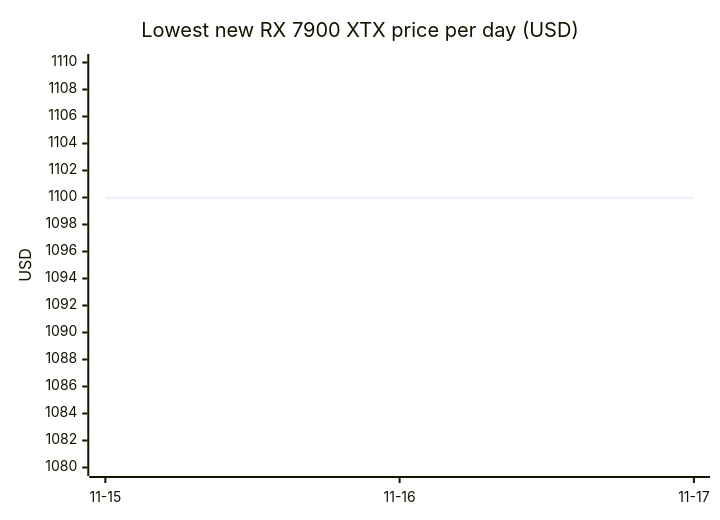
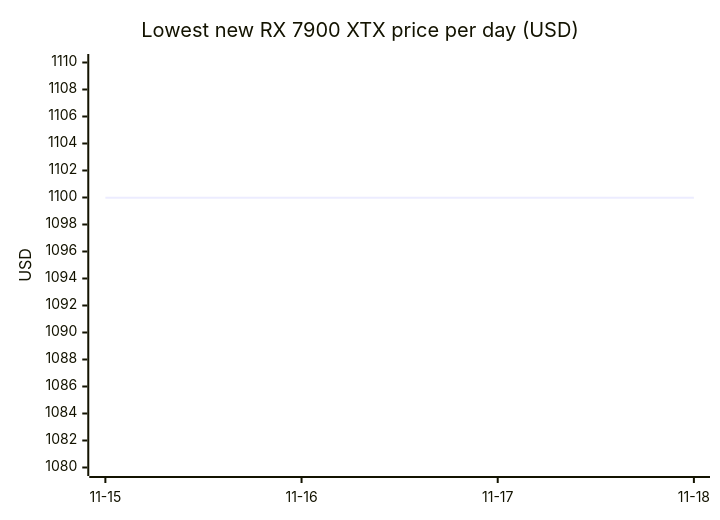
Before and after one commit to 7324136828/4tb_ssd_price_watch: diagram 13 of 18 in README.md, drawn with Mermaid. The commit also changed other lines of this file, not shown here.

````diff
--- a/README.md
+++ b/README.md
@@ -635,7 +684,7 @@
 ```mermaid
 xychart-beta
     title "Lowest new RX 7900 XTX price per day (USD)"
-    x-axis ["11-15", "11-16", "11-17"]
+    x-axis ["11-15", "11-16", "11-17", "11-18"]
     y-axis "USD" 1080 --> 1110
-    line [1099.99, 1099.99, 1099.99]
+    line [1099.99, 1099.99, 1099.99, 1099.99]
 ```
````
